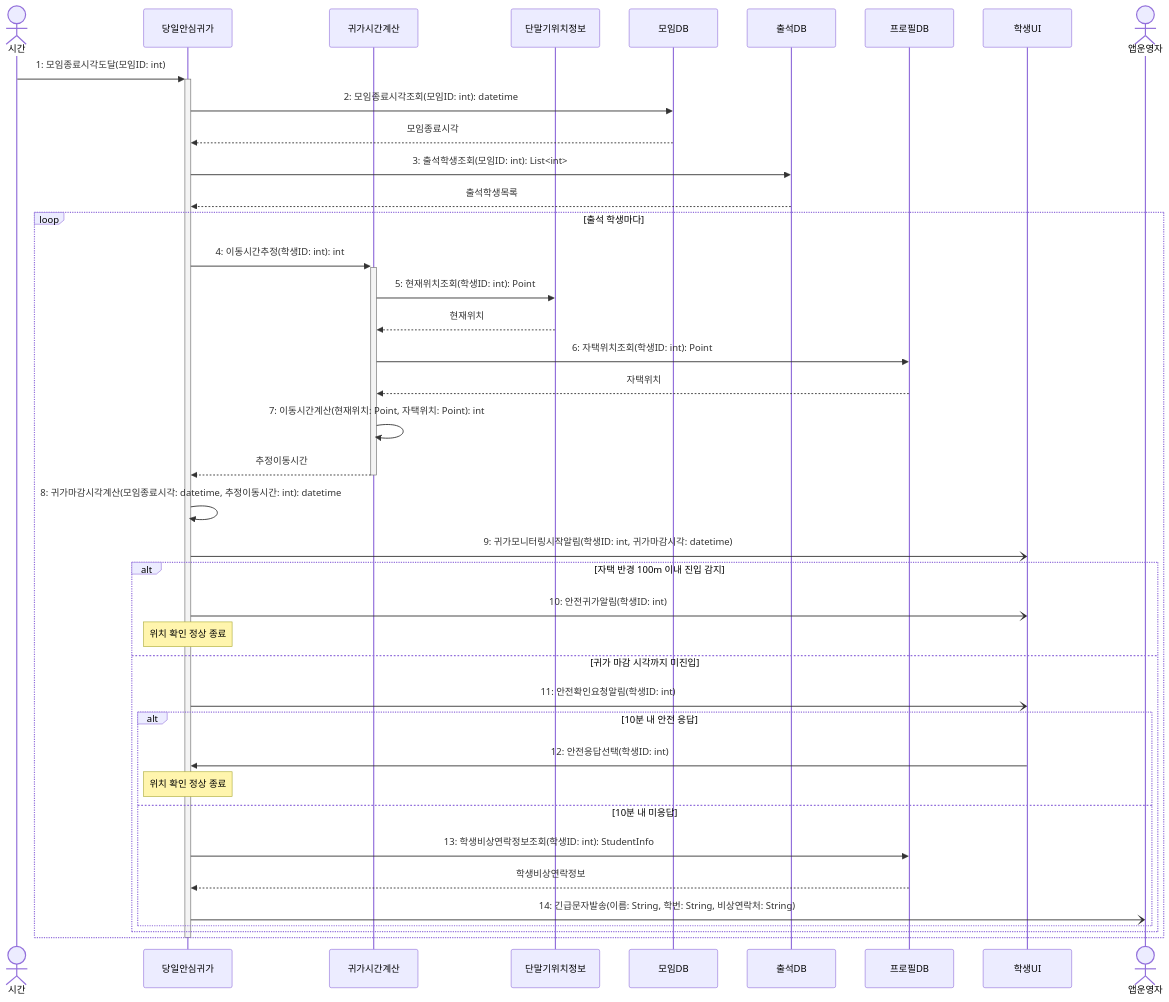
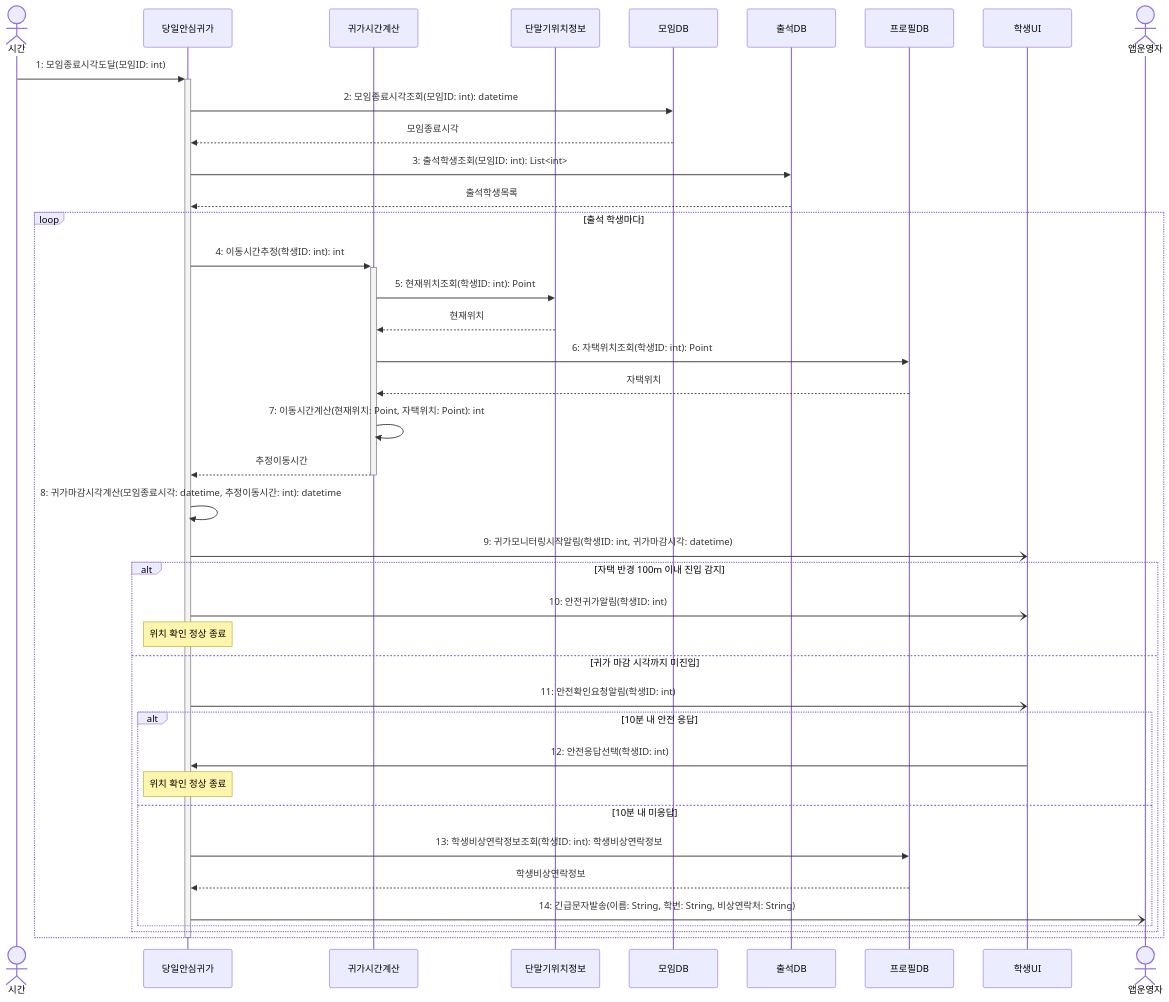
The diagram in sequence/seq-15.md (hojae3/sw-engineering-16), drawn with Mermaid before and after one commit. The commit also changed 35 other files, not shown here.

````diff
--- a/sequence/seq-15.md
+++ b/sequence/seq-15.md
@@ -27,47 +27,47 @@
 ```mermaid
 sequenceDiagram
     actor 시간
     participant 안심 as 당일안심귀가
     participant 계산 as 귀가시간계산
     participant 위치 as 단말기위치정보
     participant 모임DB as 모임DB
     participant 출석DB as 출석DB
     participant 프로필DB as 프로필DB
     participant 학생UI as 학생UI
     actor 앱운영자
 
     시간->>+안심: 1: 모임종료시각도달(모임ID: int)
     안심->>모임DB: 2: 모임종료시각조회(모임ID: int): datetime
     모임DB-->>안심: 모임종료시각
     안심->>출석DB: 3: 출석학생조회(모임ID: int): List<int>
     출석DB-->>안심: 출석학생목록
 
     loop 출석 학생마다
         안심->>+계산: 4: 이동시간추정(학생ID: int): int
         계산->>위치: 5: 현재위치조회(학생ID: int): Point
         위치-->>계산: 현재위치
         계산->>프로필DB: 6: 자택위치조회(학생ID: int): Point
         프로필DB-->>계산: 자택위치
         계산->>계산: 7: 이동시간계산(현재위치: Point, 자택위치: Point): int
         계산-->>-안심: 추정이동시간
 
         안심->>안심: 8: 귀가마감시각계산(모임종료시각: datetime, 추정이동시간: int): datetime
         안심-)학생UI: 9: 귀가모니터링시작알림(학생ID: int, 귀가마감시각: datetime)
 
         alt 자택 반경 100m 이내 진입 감지
             안심-)학생UI: 10: 안전귀가알림(학생ID: int)
             Note over 안심: 위치 확인 정상 종료
         else 귀가 마감 시각까지 미진입
             안심-)학생UI: 11: 안전확인요청알림(학생ID: int)
             alt 10분 내 안전 응답
                 학생UI->>안심: 12: 안전응답선택(학생ID: int)
                 Note over 안심: 위치 확인 정상 종료
             else 10분 내 미응답
-                안심->>프로필DB: 13: 학생비상연락정보조회(학생ID: int): StudentInfo
+                안심->>프로필DB: 13: 학생비상연락정보조회(학생ID: int): 학생비상연락정보
                 프로필DB-->>안심: 학생비상연락정보
                 안심-)앱운영자: 14: 긴급문자발송(이름: String, 학번: String, 비상연락처: String)
             end
         end
     end
     deactivate 안심
 ```
````
